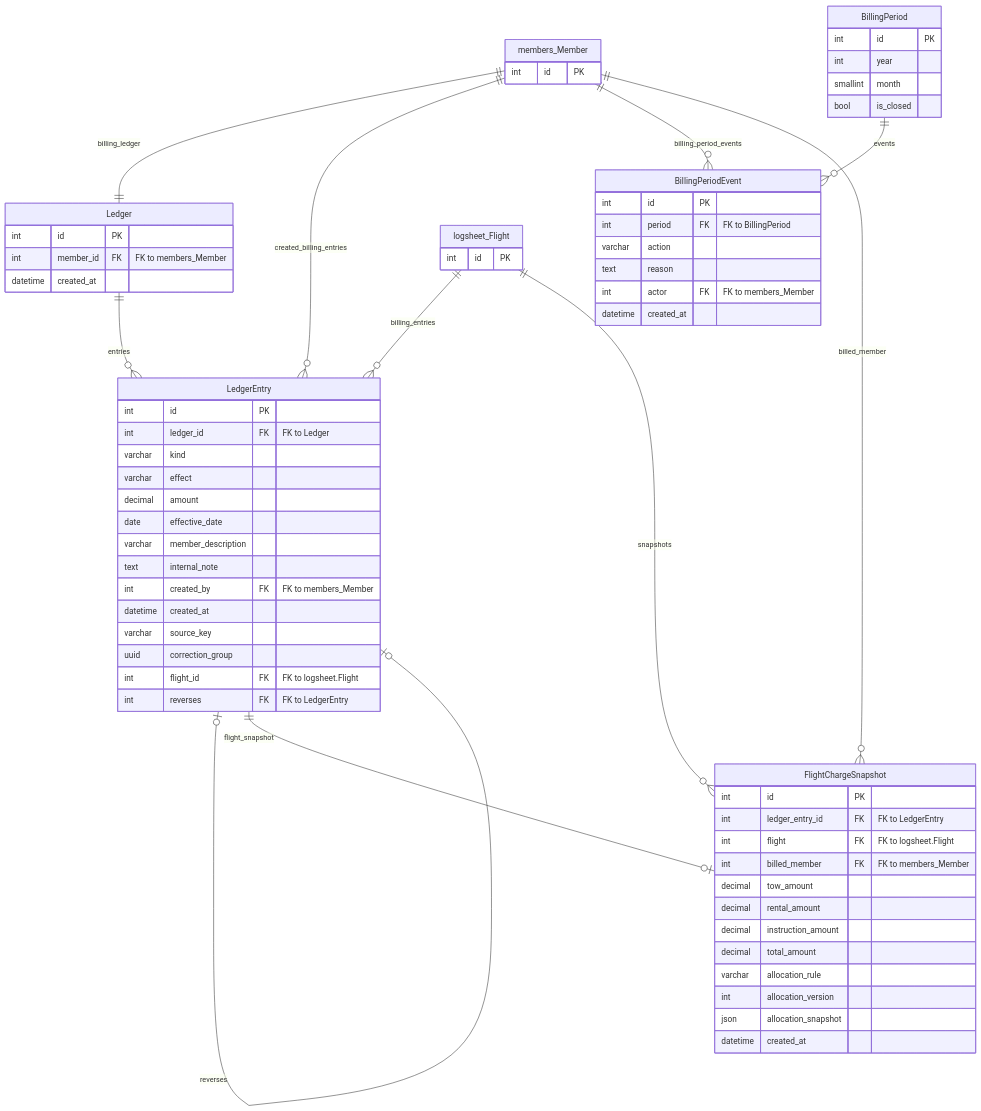
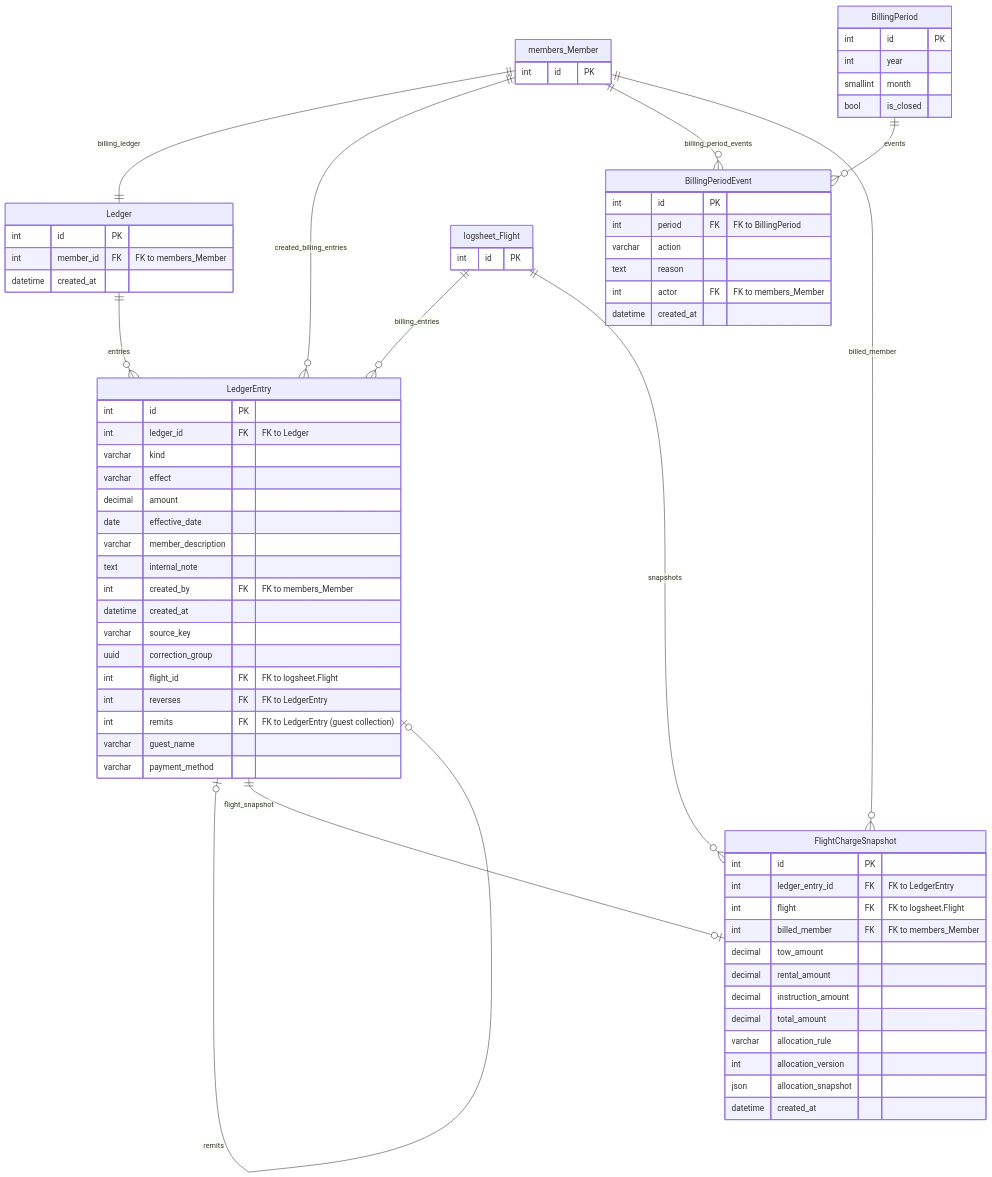
One commit to pietbarber/Manage2Soar changed the first of 2 diagrams in billing/docs/models.md. Above: the diagram before and after it, drawn with Mermaid. The commit also changed other lines of this file and 1 other file, not shown here.

First line of the commit message:
docs(billing,logsheet): update ERDs for billing-ledger MVP (Issue #981)

````diff
--- a/billing/docs/models.md
+++ b/billing/docs/models.md
@@ -8,75 +8,79 @@
 ```mermaid
 erDiagram
     members_Member ||--|| Ledger : "billing_ledger"
     members_Member ||--o{ LedgerEntry : "created_billing_entries"
     members_Member ||--o{ BillingPeriodEvent : "billing_period_events"
     members_Member ||--o{ FlightChargeSnapshot : "billed_member"
     BillingPeriod ||--o{ BillingPeriodEvent : "events"
     Ledger ||--o{ LedgerEntry : "entries"
     logsheet_Flight ||--o{ LedgerEntry : "billing_entries"
     logsheet_Flight ||--o{ FlightChargeSnapshot : "snapshots"
     LedgerEntry o|--o| LedgerEntry : "reverses"
+    LedgerEntry o|--o| LedgerEntry : "remits"
     LedgerEntry ||--o| FlightChargeSnapshot : "flight_snapshot"
 
     members_Member {
         int id PK
     }
 
     logsheet_Flight {
         int id PK
     }
 
     Ledger {
         int id PK
         int member_id FK "FK to members_Member"
         datetime created_at
     }
 
     LedgerEntry {
         int id PK
         int ledger_id FK "FK to Ledger"
         varchar kind
         varchar effect
         decimal amount
         date effective_date
         varchar member_description
         text internal_note
         int created_by FK "FK to members_Member"
         datetime created_at
         varchar source_key
         uuid correction_group
         int flight_id FK "FK to logsheet.Flight"
         int reverses FK "FK to LedgerEntry"
+        int remits FK "FK to LedgerEntry (guest collection)"
+        varchar guest_name
+        varchar payment_method
     }
 
     FlightChargeSnapshot {
         int id PK
         int ledger_entry_id FK "FK to LedgerEntry"
         int flight FK "FK to logsheet.Flight"
         int billed_member FK "FK to members_Member"
         decimal tow_amount
         decimal rental_amount
         decimal instruction_amount
         decimal total_amount
         varchar allocation_rule
         int allocation_version
         json allocation_snapshot
         datetime created_at
     }
 
     BillingPeriodEvent {
         int id PK
         int period FK "FK to BillingPeriod"
         varchar action
         text reason
         int actor FK "FK to members_Member"
         datetime created_at
     }
 
     BillingPeriod {
         int id PK
         int year
         smallint month
         bool is_closed
     }
 ```
````
